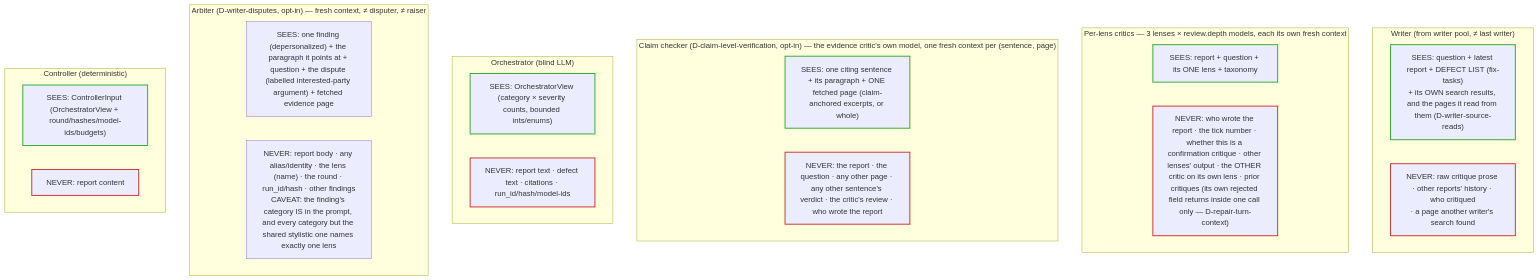
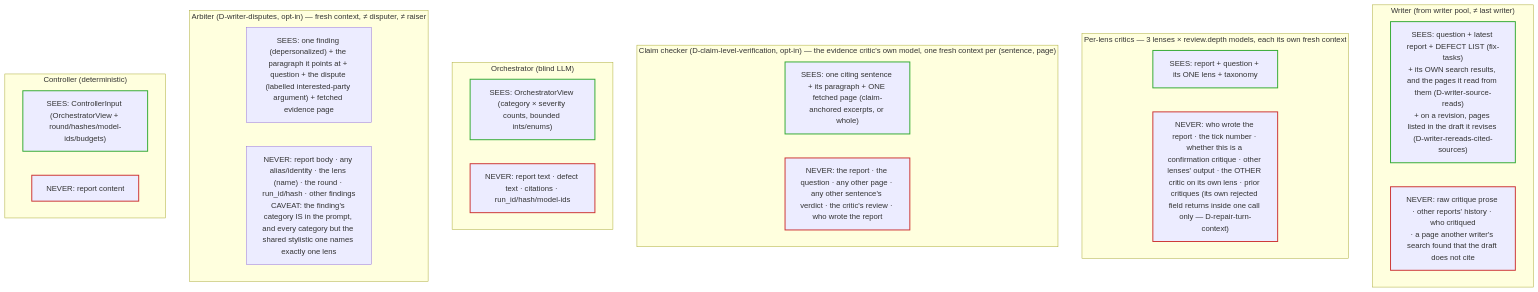
One commit to NickBorgers/reasonable-answer changed the first of 4 diagrams in docs/isolation.md. Above: the diagram before and after it, drawn with Mermaid. The commit also changed other lines of this file and 19 other files, not shown here.

````diff
--- a/docs/isolation.md
+++ b/docs/isolation.md
@@ -75,36 +75,36 @@
 ```mermaid
 flowchart TB
     subgraph GEN["Writer (from writer pool, ≠ last writer)"]
-        Gin["SEES: question + latest report + DEFECT LIST (fix-tasks)<br/>+ its OWN search results, and the pages it read from them (D-writer-source-reads)"]
-        Gno["NEVER: raw critique prose · other reports' history · who critiqued<br/>· a page another writer's search found"]
+        Gin["SEES: question + latest report + DEFECT LIST (fix-tasks)<br/>+ its OWN search results, and the pages it read from them (D-writer-source-reads)<br/>+ on a revision, pages listed in the draft it revises (D-writer-rereads-cited-sources)"]
+        Gno["NEVER: raw critique prose · other reports' history · who critiqued<br/>· a page another writer's search found that the draft does not cite"]
     end
     subgraph CRIT["Per-lens critics — 3 lenses × review.depth models, each its own fresh context"]
         Cin["SEES: report + question + its ONE lens + taxonomy"]
         Cno["NEVER: who wrote the report · the tick number · whether this is a confirmation critique · other lenses' output · the OTHER critic on its own lens · prior critiques (its own rejected field returns inside one call only — D-repair-turn-context)"]
     end
     subgraph CHK["Claim checker (D-claim-level-verification, opt-in) — the evidence critic's own model, one fresh context per (sentence, page)"]
         Kin["SEES: one citing sentence + its paragraph + ONE fetched page (claim-anchored excerpts, or whole)"]
         Kno["NEVER: the report · the question · any other page · any other sentence's verdict · the critic's review · who wrote the report"]
     end
     subgraph ORC["Orchestrator (blind LLM)"]
         Oin["SEES: OrchestratorView (category × severity counts, bounded ints/enums)"]
         Ono["NEVER: report text · defect text · citations · run_id/hash/model-ids"]
     end
     subgraph ARB["Arbiter (D-writer-disputes, opt-in) — fresh context, ≠ disputer, ≠ raiser"]
         Ain["SEES: one finding (depersonalized) + the paragraph it points at + question + the dispute (labelled interested-party argument) + fetched evidence page"]
         Ano["NEVER: report body · any alias/identity · the lens (name) · the round · run_id/hash · other findings<br/>CAVEAT: the finding's category IS in the prompt, and every category but the shared stylistic one names exactly one lens"]
     end
     subgraph CT["Controller (deterministic)"]
         CTin["SEES: ControllerInput (OrchestratorView + round/hashes/model-ids/budgets)"]
         CTno["NEVER: report content"]
     end
 
     %% Stroke only, no fill: a hard-coded pale fill keeps its colour in dark mode while
     %% the label turns light, leaving unreadable text. Leaving the fill alone lets the
     %% renderer pick a background that matches the surrounding page in either theme,
     %% and the see/never distinction rides on the border colour instead.
     classDef see stroke:#3a3,stroke-width:2px;
     classDef no stroke:#c33,stroke-width:2px;
     class Gin,Cin,Kin,Oin,CTin see;
     class Gno,Cno,Kno,Ono,CTno no;
 ```
````
